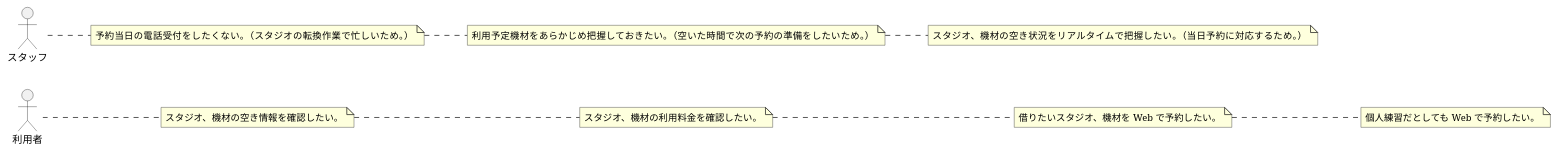
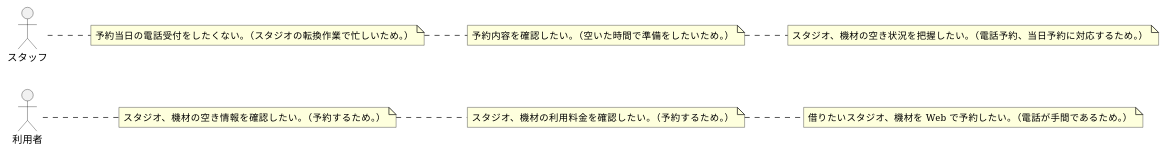
One commit to TakashiOnawa/ddd-practice-studio-reservation changed the diagram in modeling/02_RequirementModel.pu. Above: the diagram before and after it, drawn with PlantUML. The commit also changed 38 other files, not shown here.

```diff
--- a/modeling/02_RequirementModel.pu
+++ b/modeling/02_RequirementModel.pu
@@ -1,21 +1,19 @@
 @startuml RequirementModel
 
 left to right direction
 
 actor 利用者
-note right : スタジオ、機材の空き情報を確認したい。
+note right : スタジオ、機材の空き情報を確認したい。（予約するため。）
 actor 利用者
-note right : スタジオ、機材の利用料金を確認したい。
+note right : スタジオ、機材の利用料金を確認したい。（予約するため。）
 actor 利用者
-note right : 借りたいスタジオ、機材を Web で予約したい。
-actor 利用者
-note right : 個人練習だとしても Web で予約したい。
+note right : 借りたいスタジオ、機材を Web で予約したい。（電話が手間であるため。）
 
 actor スタッフ
 note right : 予約当日の電話受付をしたくない。（スタジオの転換作業で忙しいため。）
 actor スタッフ
-note right : 利用予定機材をあらかじめ把握しておきたい。（空いた時間で次の予約の準備をしたいため。）
+note right : 予約内容を確認したい。（空いた時間で準備をしたいため。）
 actor スタッフ
-note right : スタジオ、機材の空き状況をリアルタイムで把握したい。（当日予約に対応するため。）
+note right : スタジオ、機材の空き状況を把握したい。（電話予約、当日予約に対応するため。）
 
 @enduml
```
